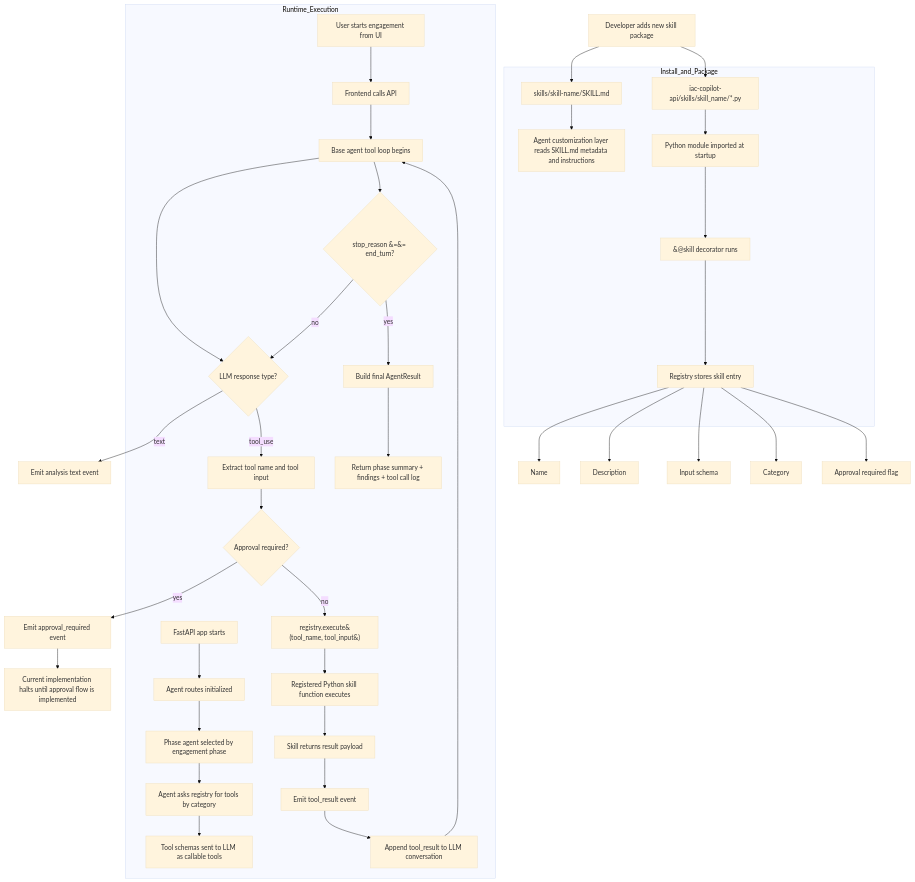
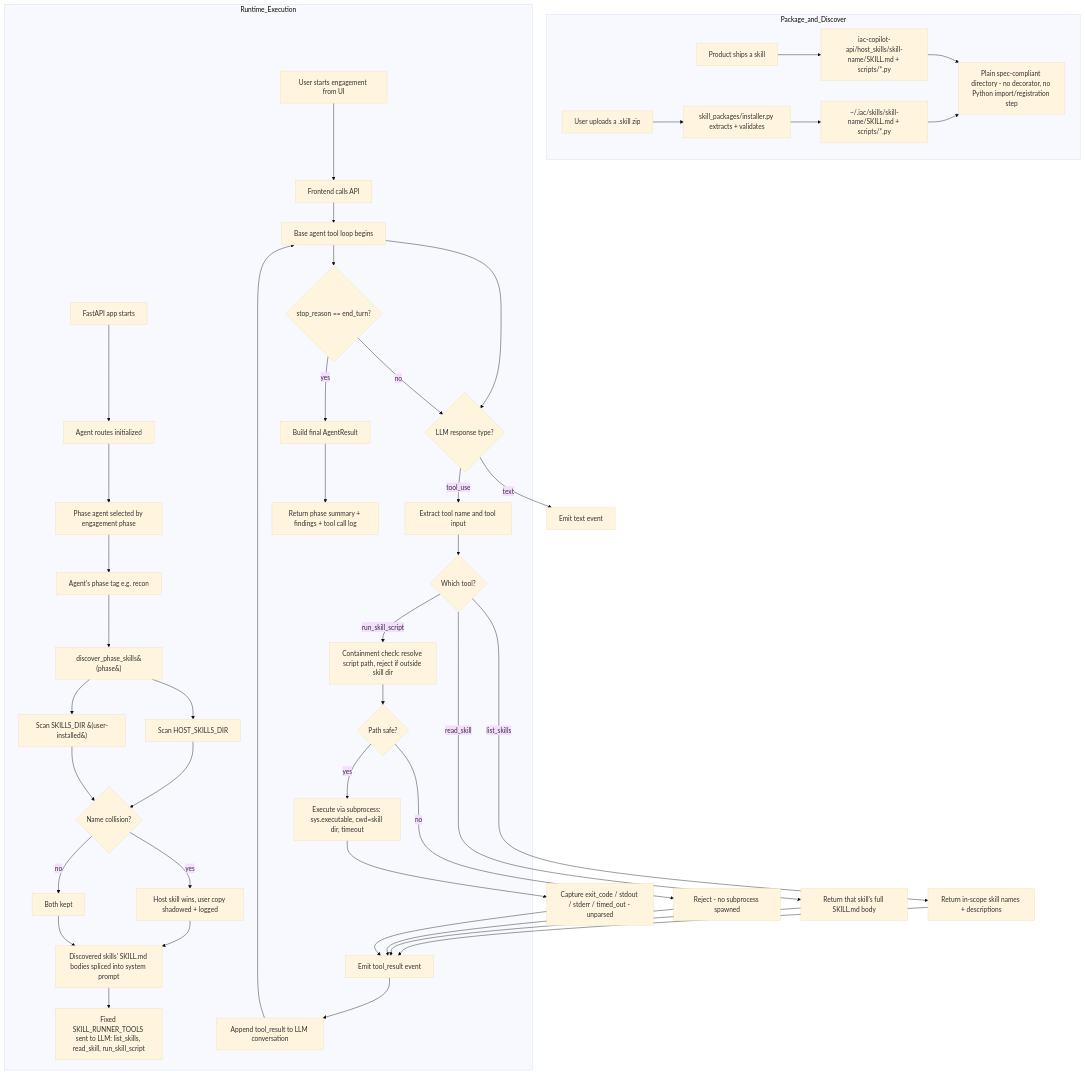
The first of 2 diagrams in spikes/iac-prototype/iac-copilot-api/skill-execution-diagrams.md (OWASP/www-project-hactu8), drawn with Mermaid (base theme) before and after one commit. The commit also changed other lines of this file and 16 other files, not shown here.

````diff
--- a/spikes/iac-prototype/iac-copilot-api/skill-execution-diagrams.md
+++ b/spikes/iac-prototype/iac-copilot-api/skill-execution-diagrams.md
@@ -5,75 +7,90 @@
 ```mermaid
 flowchart TD
-    A[Developer adds new skill package] --> B[skills/skill-name/SKILL.md]
-    A --> C[iac-copilot-api/skills/skill_name/*.py]
+    A1[Product ships a skill] --> B1[iac-copilot-api/host_skills/skill-name/SKILL.md + scripts/*.py]
+    A2[User uploads a .skill zip] --> B2[skill_packages/installer.py extracts + validates]
+    B2 --> B3[~/.iac/skills/skill-name/SKILL.md + scripts/*.py]
 
-    B --> D[Agent customization layer reads SKILL.md metadata and instructions]
-    C --> E[Python module imported at startup]
+    B1 --> C[Plain spec-compliant directory - no decorator, no Python import/registration step]
+    B3 --> C
 
-    E --> F[&#64;skill decorator runs]
-    F --> G[Registry stores skill entry]
-    G --> G1[Name]
-    G --> G2[Description]
-    G --> G3[Input schema]
-    G --> G4[Category]
-    G --> G5[Approval required flag]
+    D[FastAPI app starts] --> E[Agent routes initialized]
+    E --> F[Phase agent selected by engagement phase]
+    F --> G[Agent's phase tag e.g. recon]
+    G --> H[discover_phase_skills&#40;phase&#41;]
+    H --> H1[Scan HOST_SKILLS_DIR]
+    H --> H2[Scan SKILLS_DIR &#40;user-installed&#41;]
+    H1 --> H3{Name collision?}
+    H2 --> H3
+    H3 -->|yes| H4[Host skill wins, user copy shadowed + logged]
+    H3 -->|no| H5[Both kept]
 
-    H[FastAPI app starts] --> I[Agent routes initialized]
-    I --> J[Phase agent selected by engagement phase]
-    J --> K[Agent asks registry for tools by category]
-    K --> L[Tool schemas sent to LLM as callable tools]
+    H4 --> I[Discovered skills' SKILL.md bodies spliced into system prompt]
+    H5 --> I
+    I --> J[Fixed SKILL_RUNNER_TOOLS sent to LLM: list_skills, read_skill, run_skill_script]
 
-    M[User starts engagement from UI] --> N[Frontend calls API]
-    N --> O[Base agent tool loop begins]
-    O --> P{LLM response type?}
+    K[User starts engagement from UI] --> L[Frontend calls API]
+    L --> M[Base agent tool loop begins]
+    M --> N{LLM response type?}
 
-    P -->|text| Q[Emit analysis text event]
-    P -->|tool_use| R[Extract tool name and tool input]
+    N -->|text| O[Emit text event]
+    N -->|tool_use| P[Extract tool name and tool input]
 
-    R --> S{Approval required?}
-    S -->|yes| T[Emit approval_required event]
-    T --> U[Current implementation halts until approval flow is implemented]
-    S -->|no| V[registry.execute&#40;tool_name, tool_input&#41;]
+    P --> Q{Which tool?}
+    Q -->|list_skills| R1[Return in-scope skill names + descriptions]
+    Q -->|read_skill| R2[Return that skill's full SKILL.md body]
+    Q -->|run_skill_script| R3[Containment check: resolve script path, reject if outside skill dir]
+    R3 --> R4{Path safe?}
+    R4 -->|no| R5[Reject - no subprocess spawned]
+    R4 -->|yes| R6[Execute via subprocess: sys.executable, cwd=skill dir, timeout]
+    R6 --> R7[Capture exit_code / stdout / stderr / timed_out - unparsed]
 
-    V --> W[Registered Python skill function executes]
-    W --> X[Skill returns result payload]
-    X --> Y[Emit tool_result event]
-    Y --> Z[Append tool_result to LLM conversation]
-    Z --> O
+    R1 --> S[Emit tool_result event]
+    R2 --> S
+    R5 --> S
+    R7 --> S
+    S --> T[Append tool_result to LLM conversation]
+    T --> M
 
-    O --> AA{stop_reason &#61;&#61; end_turn?}
-    AA -->|no| P
-    AA -->|yes| AB[Build final AgentResult]
-    AB --> AC[Return phase summary + findings + tool call log]
+    M --> U{stop_reason == end_turn?}
+    U -->|no| N
+    U -->|yes| V[Build final AgentResult]
+    V --> W[Return phase summary + findings + tool call log]
 
-    subgraph Install_and_Package
-      B
+    subgraph Package_and_Discover
+      A1
+      A2
+      B1
+      B2
+      B3
       C
+    end
+
+    subgraph Runtime_Execution
       D
       E
       F
       G
-    end
-
-    subgraph Runtime_Execution
       H
+      H1
+      H2
+      H3
+      H4
+      H5
       I
       J
       K
       L
       M
       N
-      O
       P
-      R
+      Q
+      R3
+      R4
+      R6
       S
+      T
+      U
       V
       W
-      X
-      Y
-      Z
-      AA
-      AB
-      AC
     end
 ```
````
